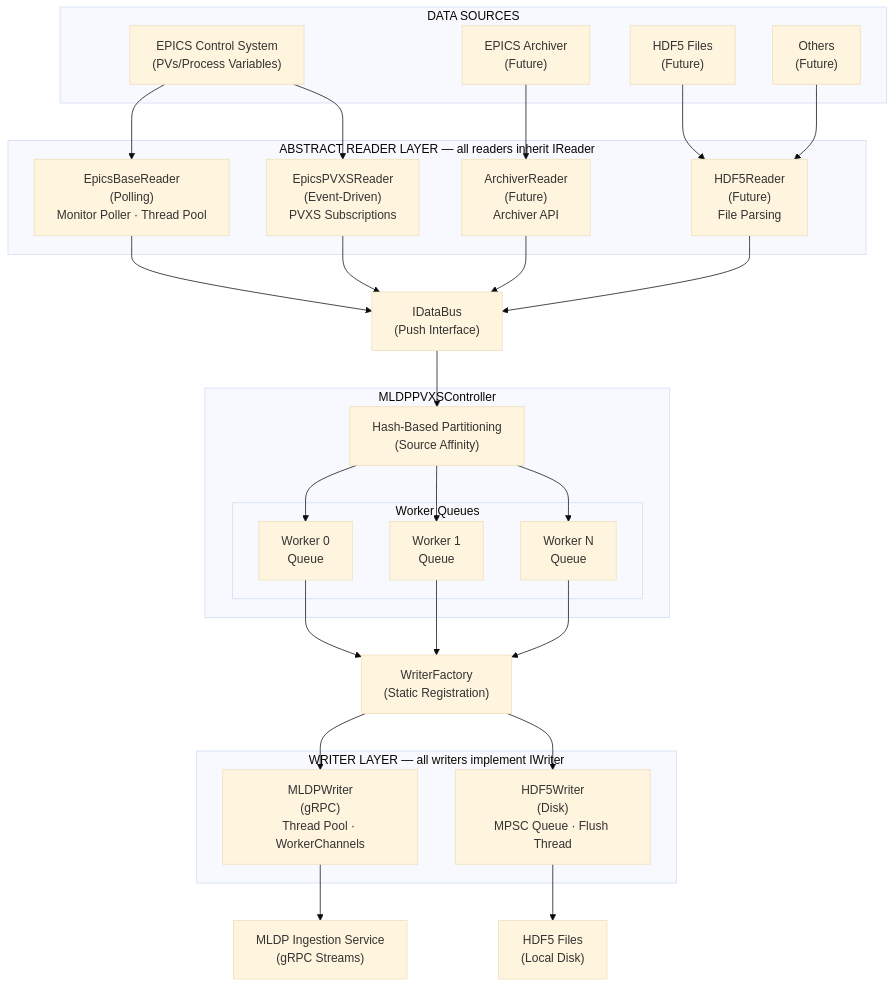
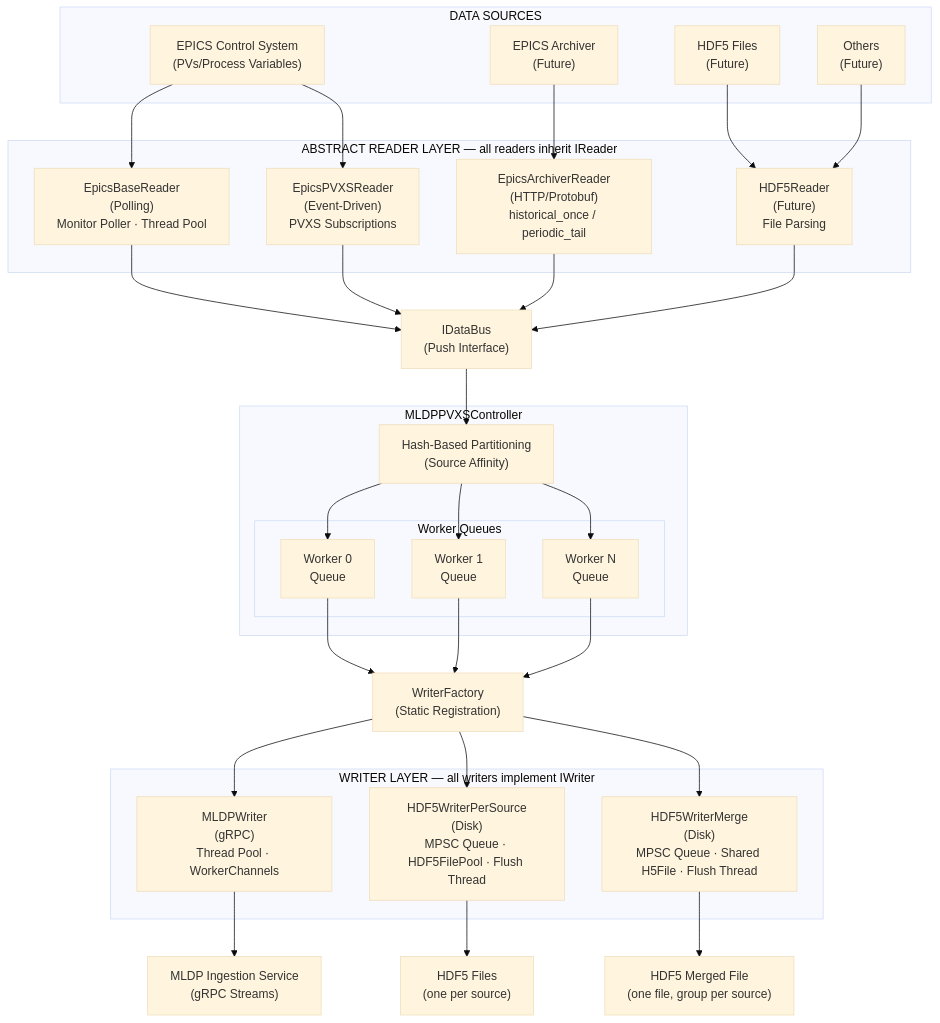
One commit to slaclab/mldp-pvxs-driver changed the first of 3 diagrams in docs/architecture.md. Above: the diagram before and after it, drawn with Mermaid (base theme). The commit also changed other lines of this file and 2 other files, not shown here.

First line of the commit message:
docs: add user guide and update architecture for hdf5-merge, routing, source filtering

````diff
--- a/docs/architecture.md
+++ b/docs/architecture.md
@@ -11,63 +11,67 @@
 ```mermaid
 flowchart TB
     subgraph DataSources["DATA SOURCES"]
         DS1["EPICS Control System<br/>(PVs/Process Variables)"]
         DS2["EPICS Archiver<br/>(Future)"]
         DS3["HDF5 Files<br/>(Future)"]
         DS4["Others<br/>(Future)"]
     end
 
     subgraph ReaderLayer["ABSTRACT READER LAYER — all readers inherit IReader"]
         R1["EpicsBaseReader<br/>(Polling)<br/>Monitor Poller · Thread Pool"]
         R2["EpicsPVXSReader<br/>(Event-Driven)<br/>PVXS Subscriptions"]
-        R3["ArchiverReader<br/>(Future)<br/>Archiver API"]
+        R3["EpicsArchiverReader<br/>(HTTP/Protobuf)<br/>historical_once / periodic_tail"]
         R4["HDF5Reader<br/>(Future)<br/>File Parsing"]
     end
 
     IDataBus["IDataBus<br/>(Push Interface)"]
 
     subgraph Controller["MLDPPVXSController"]
         HashPart["Hash-Based Partitioning<br/>(Source Affinity)"]
         subgraph Workers["Worker Queues"]
             W0["Worker 0<br/>Queue"]
             W1["Worker 1<br/>Queue"]
             WN["Worker N<br/>Queue"]
         end
     end
 
     WriterFactory["WriterFactory<br/>(Static Registration)"]
 
     subgraph WriterLayer["WRITER LAYER — all writers implement IWriter"]
         WR1["MLDPWriter<br/>(gRPC)<br/>Thread Pool · WorkerChannels"]
-        WR2["HDF5Writer<br/>(Disk)<br/>MPSC Queue · Flush Thread"]
+        WR2["HDF5WriterPerSource<br/>(Disk)<br/>MPSC Queue · HDF5FilePool · Flush Thread"]
+        WR3["HDF5WriterMerge<br/>(Disk)<br/>MPSC Queue · Shared H5File · Flush Thread"]
     end
 
     MLDPService["MLDP Ingestion Service<br/>(gRPC Streams)"]
-    HDF5Files["HDF5 Files<br/>(Local Disk)"]
+    HDF5Files["HDF5 Files<br/>(one per source)"]
+    HDF5Merged["HDF5 Merged File<br/>(one file, group per source)"]
 
     DS1 --> R1
     DS1 --> R2
     DS2 --> R3
     DS3 --> R4
     DS4 --> R4
 
     R1 --> IDataBus
     R2 --> IDataBus
     R3 --> IDataBus
     R4 --> IDataBus
 
     IDataBus --> HashPart
     HashPart --> W0
     HashPart --> W1
     HashPart --> WN
 
     W0 --> WriterFactory
     W1 --> WriterFactory
     WN --> WriterFactory
 
     WriterFactory --> WR1
     WriterFactory --> WR2
+    WriterFactory --> WR3
 
     WR1 --> MLDPService
     WR2 --> HDF5Files
+    WR3 --> HDF5Merged
 ```
````
